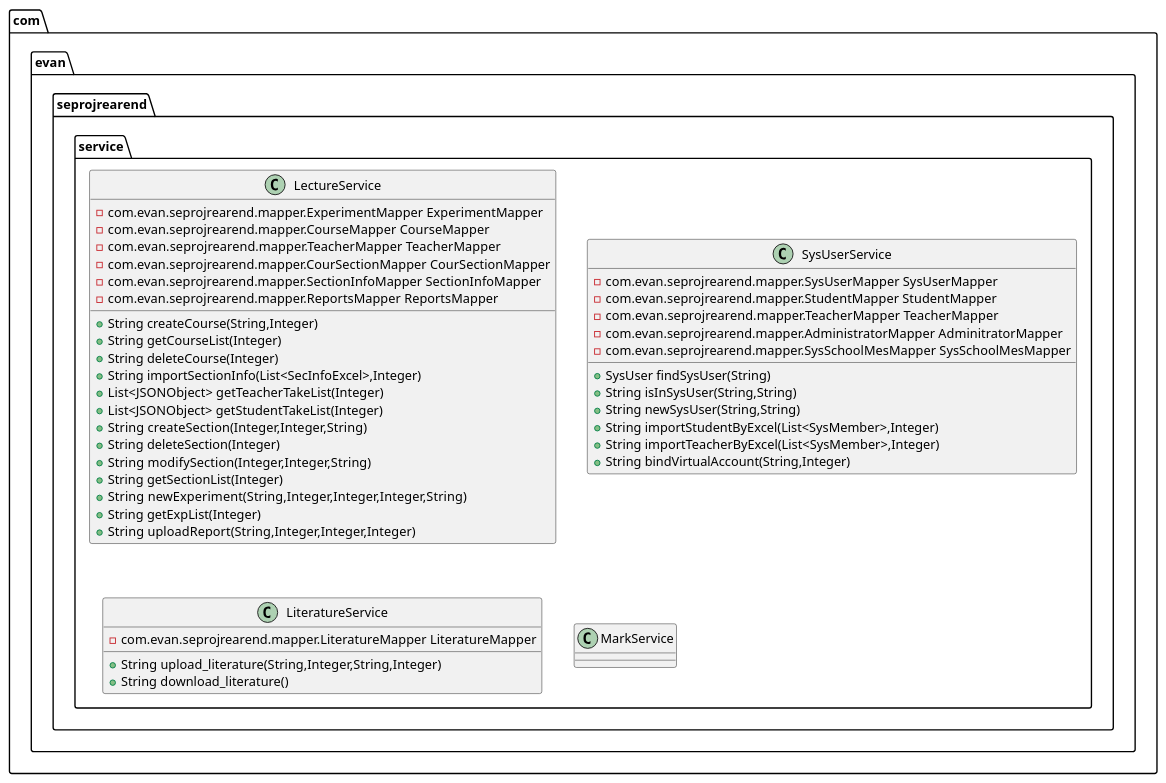
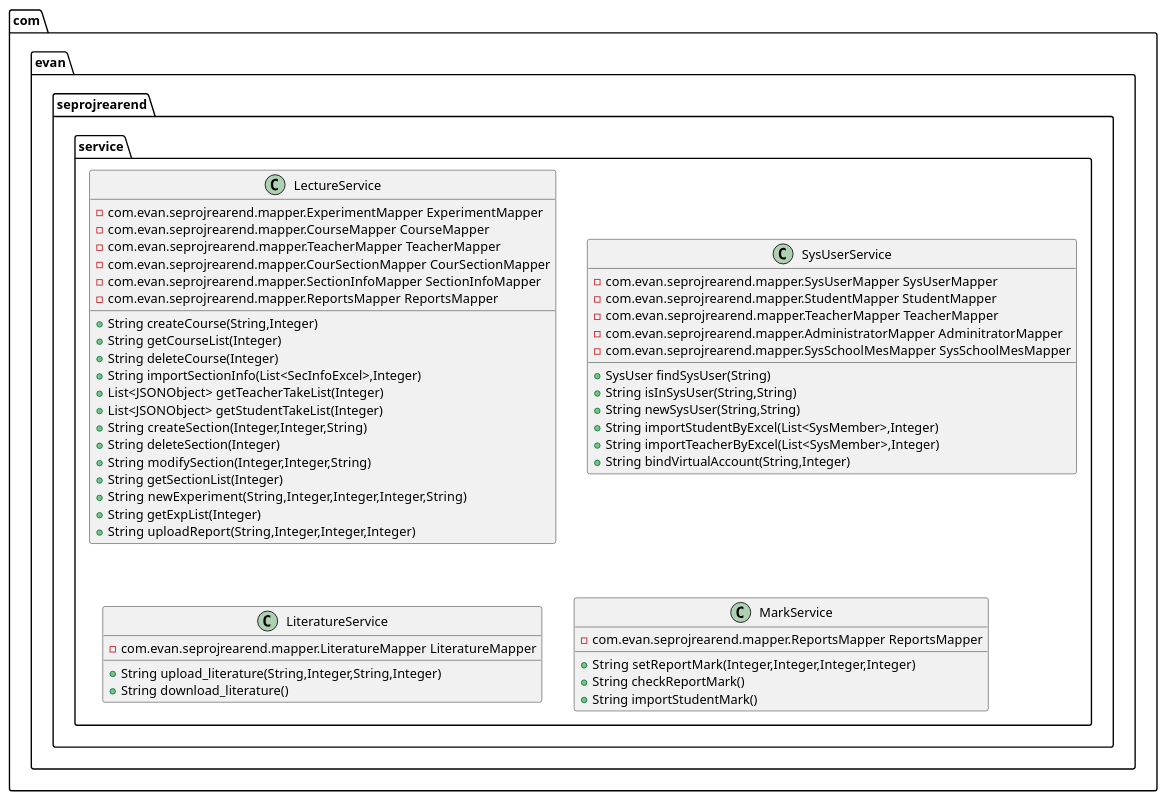
The diagram in service.puml (RiverLiangH/se-proj-rear-end), drawn with PlantUML before and after one commit. The commit also changed 15 other files, not shown here.

```diff
--- a/service.puml
+++ b/service.puml
@@ -1,43 +1,47 @@
 @startuml
 class com.evan.seprojrearend.service.LectureService {
 - com.evan.seprojrearend.mapper.ExperimentMapper ExperimentMapper
 - com.evan.seprojrearend.mapper.CourseMapper CourseMapper
 - com.evan.seprojrearend.mapper.TeacherMapper TeacherMapper
 - com.evan.seprojrearend.mapper.CourSectionMapper CourSectionMapper
 - com.evan.seprojrearend.mapper.SectionInfoMapper SectionInfoMapper
 - com.evan.seprojrearend.mapper.ReportsMapper ReportsMapper
 + String createCourse(String,Integer)
 + String getCourseList(Integer)
 + String deleteCourse(Integer)
 + String importSectionInfo(List<SecInfoExcel>,Integer)
 + List<JSONObject> getTeacherTakeList(Integer)
 + List<JSONObject> getStudentTakeList(Integer)
 + String createSection(Integer,Integer,String)
 + String deleteSection(Integer)
 + String modifySection(Integer,Integer,String)
 + String getSectionList(Integer)
 + String newExperiment(String,Integer,Integer,Integer,String)
 + String getExpList(Integer)
 + String uploadReport(String,Integer,Integer,Integer)
 }
 class com.evan.seprojrearend.service.SysUserService {
 - com.evan.seprojrearend.mapper.SysUserMapper SysUserMapper
 - com.evan.seprojrearend.mapper.StudentMapper StudentMapper
 - com.evan.seprojrearend.mapper.TeacherMapper TeacherMapper
 - com.evan.seprojrearend.mapper.AdministratorMapper AdminitratorMapper
 - com.evan.seprojrearend.mapper.SysSchoolMesMapper SysSchoolMesMapper
 + SysUser findSysUser(String)
 + String isInSysUser(String,String)
 + String newSysUser(String,String)
 + String importStudentByExcel(List<SysMember>,Integer)
 + String importTeacherByExcel(List<SysMember>,Integer)
 + String bindVirtualAccount(String,Integer)
 }
 class com.evan.seprojrearend.service.LiteratureService {
 - com.evan.seprojrearend.mapper.LiteratureMapper LiteratureMapper
 + String upload_literature(String,Integer,String,Integer)
 + String download_literature()
 }
 class com.evan.seprojrearend.service.MarkService {
+- com.evan.seprojrearend.mapper.ReportsMapper ReportsMapper
++ String setReportMark(Integer,Integer,Integer,Integer)
++ String checkReportMark()
++ String importStudentMark()
 }
 @enduml
```
